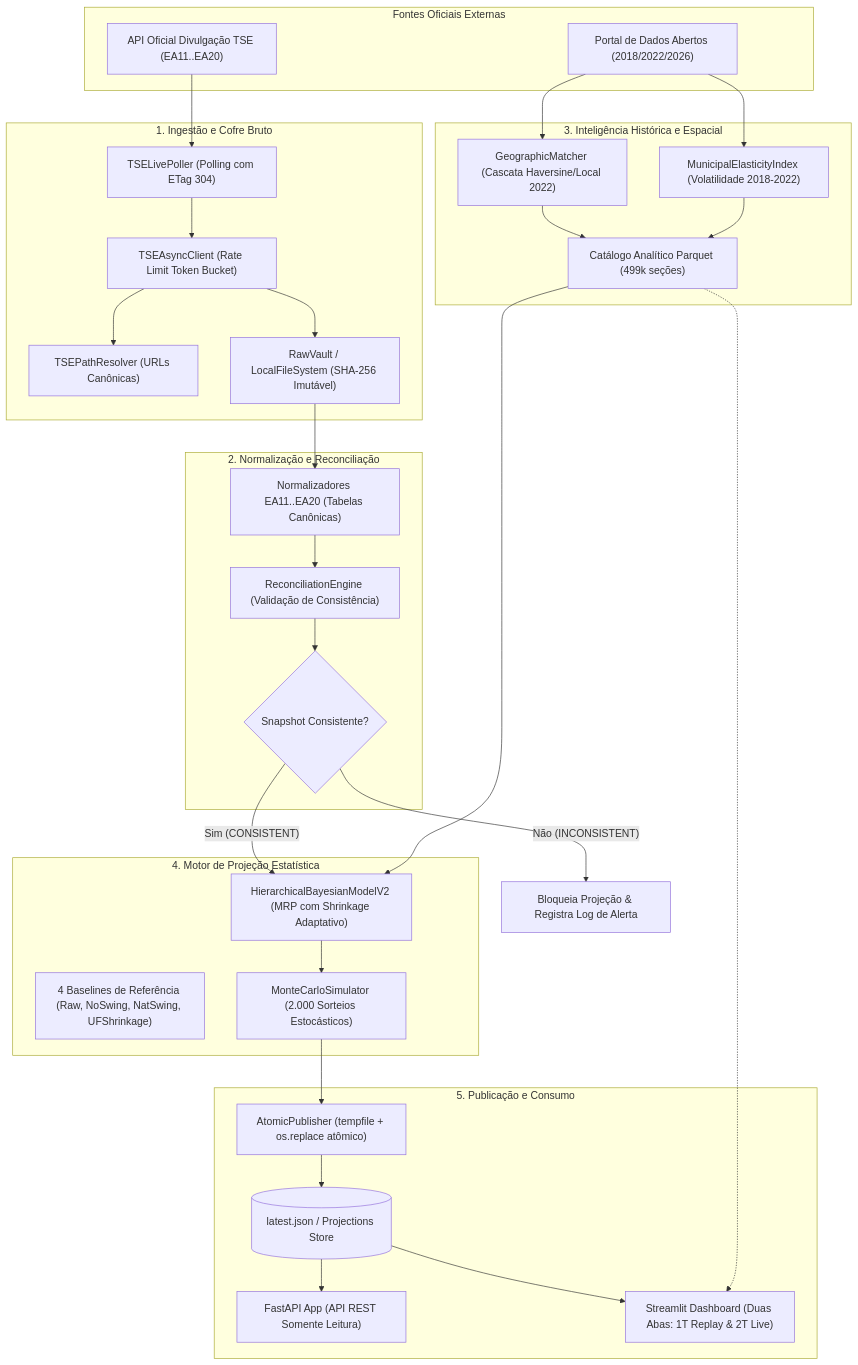
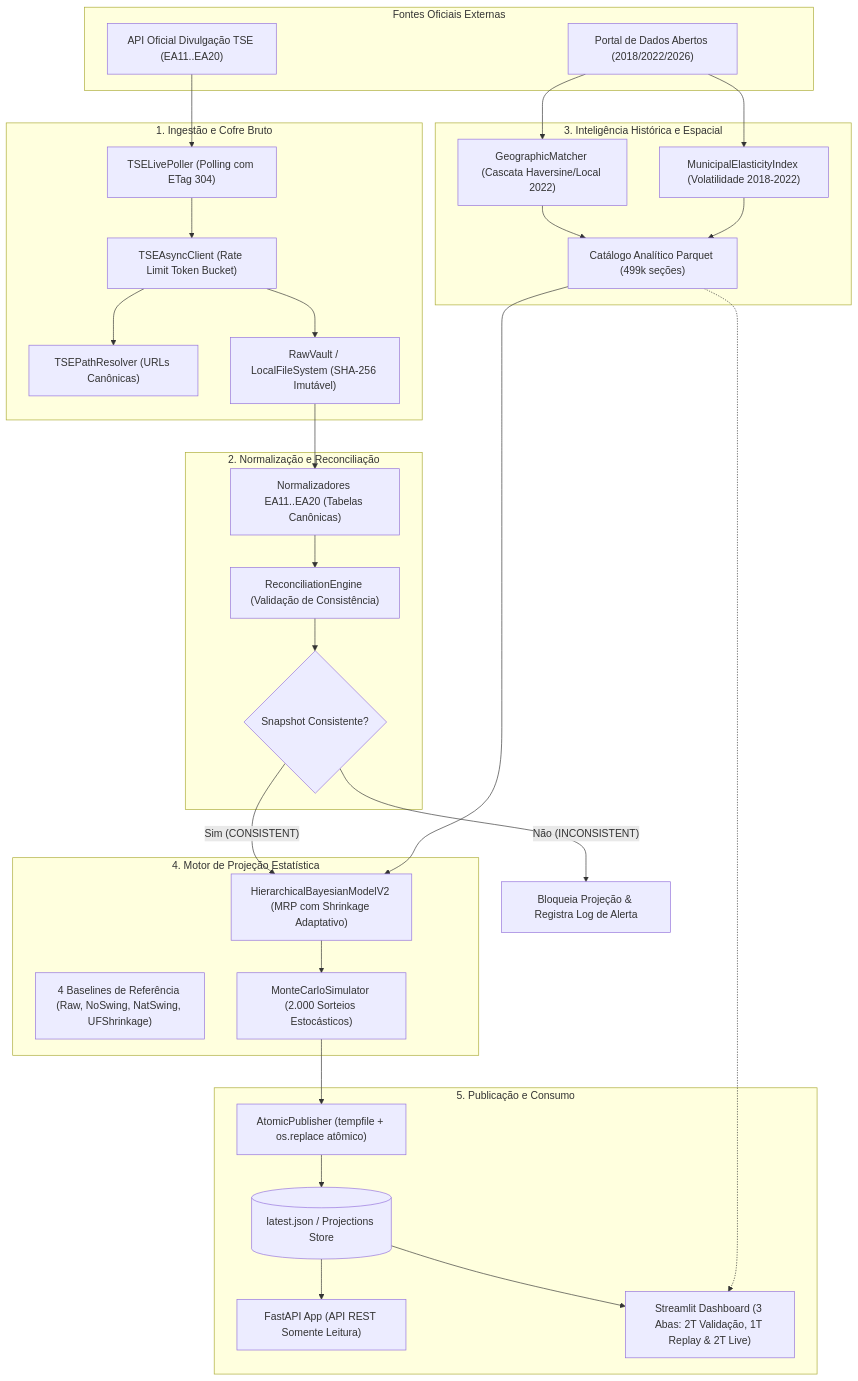
Before and after one commit to alexcamargos/horizonte_eleitoral: the diagram in docs/ARQUITETURA.md, drawn with Mermaid. The commit also changed other lines of this file and 1 other file, not shown here.

````diff
--- a/docs/ARQUITETURA.md
+++ b/docs/ARQUITETURA.md
@@ -15,63 +15,63 @@
 ```mermaid
 flowchart TD
     subgraph TSE_EXTERNAL["Fontes Oficiais Externas"]
         TSE_API["API Oficial Divulgação TSE (EA11..EA20)"]
         TSE_OPEN["Portal de Dados Abertos (2018/2022/2026)"]
     end
 
     subgraph INGESTION_LAYER["1. Ingestão e Cofre Bruto"]
         POLLER["TSELivePoller (Polling com ETag 304)"]
         CLIENT["TSEAsyncClient (Rate Limit Token Bucket)"]
         RESOLVER["TSEPathResolver (URLs Canônicas)"]
         VAULT["RawVault / LocalFileSystem (SHA-256 Imutável)"]
     end
 
     subgraph PREPROCESSING["2. Normalização e Reconciliação"]
         NORM["Normalizadores EA11..EA20 (Tabelas Canônicas)"]
         RECON["ReconciliationEngine (Validação de Consistência)"]
         SNAP_STATE{"Snapshot Consistente?"}
     end
 
     subgraph HISTORICAL_LAYER["3. Inteligência Histórica e Espacial"]
         MATCHER["GeographicMatcher (Cascata Haversine/Local 2022)"]
         ELAST["MunicipalElasticityIndex (Volatilidade 2018-2022)"]
         PARQUET_CAT["Catálogo Analítico Parquet (499k seções)"]
     end
 
     subgraph PREDICTIVE_ENGINE["4. Motor de Projeção Estatística"]
         MRP_MODEL["HierarchicalBayesianModelV2 (MRP com Shrinkage Adaptativo)"]
         BASELINES["4 Baselines de Referência (Raw, NoSwing, NatSwing, UFShrinkage)"]
         SIMULATOR["MonteCarloSimulator (2.000 Sorteios Estocásticos)"]
     end
 
     subgraph PUBLISHING_LAYER["5. Publicação e Consumo"]
         PUB["AtomicPublisher (tempfile + os.replace atômico)"]
         PUB_STORE[("latest.json / Projections Store")]
         FASTAPI["FastAPI App (API REST Somente Leitura)"]
-        STREAMLIT["Streamlit Dashboard (Duas Abas: 1T Replay & 2T Live)"]
+        STREAMLIT["Streamlit Dashboard (3 Abas: 2T Validação, 1T Replay & 2T Live)"]
     end
 
     TSE_API --> POLLER
     POLLER --> CLIENT
     CLIENT --> RESOLVER
     CLIENT --> VAULT
     TSE_OPEN --> ELAST
     TSE_OPEN --> MATCHER
     MATCHER --> PARQUET_CAT
     ELAST --> PARQUET_CAT
 
     VAULT --> NORM
     NORM --> RECON
     RECON --> SNAP_STATE
 
     SNAP_STATE -- "Sim (CONSISTENT)" --> MRP_MODEL
     SNAP_STATE -- "Não (INCONSISTENT)" --> OBS_ABORT["Bloqueia Projeção & Registra Log de Alerta"]
 
     PARQUET_CAT --> MRP_MODEL
     MRP_MODEL --> SIMULATOR
     SIMULATOR --> PUB
     PUB --> PUB_STORE
     PUB_STORE --> FASTAPI
     PUB_STORE --> STREAMLIT
     PARQUET_CAT -.-> STREAMLIT
 ```
````
